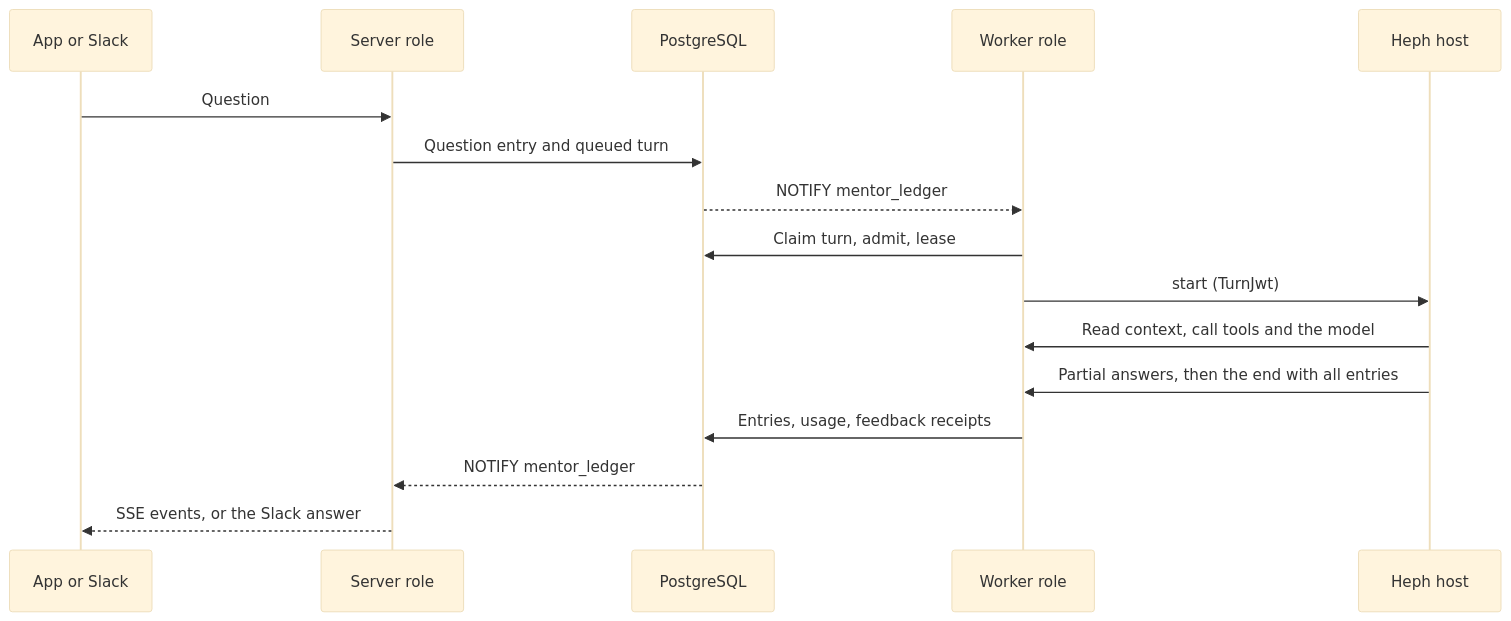
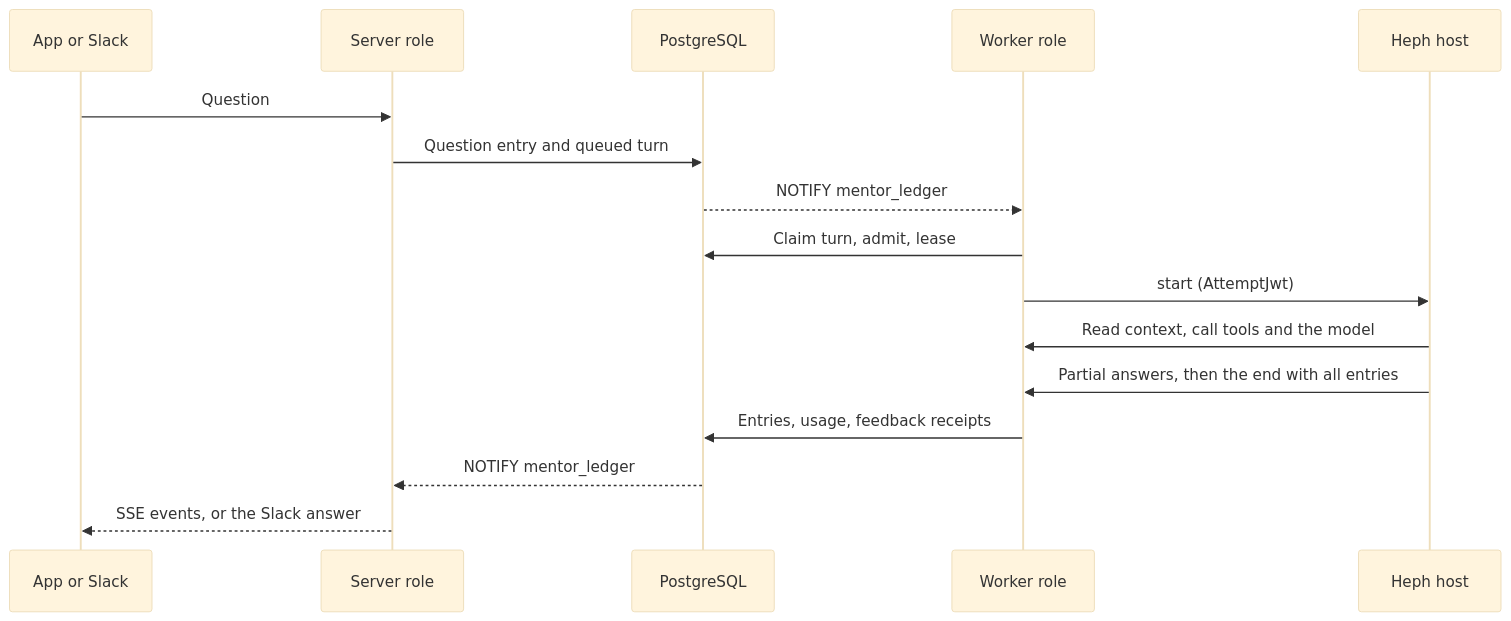
Before and after one commit to hephaestus-build/Hephaestus: the third of 3 diagrams in docs/contributor/system-design.mdx, drawn with Mermaid (base theme). The commit also changed 45 other files, not shown here.

````diff
--- a/docs/contributor/system-design.mdx
+++ b/docs/contributor/system-design.mdx
@@ -127,20 +127,20 @@
 ```mermaid
 sequenceDiagram
     accTitle: One Heph turn
     accDescr: The server stores the question and a queued turn. A worker claims the turn after a PostgreSQL notification and starts it in its Heph host. The host reads the context, reports partial answers, and sends all entries with the end of the turn. The server streams changes to the app and posts Slack answers.
     participant C as App or Slack
     participant S as Server role
     participant DB as PostgreSQL
     participant W as Worker role
     participant H as Heph host
     C->>S: Question
     S->>DB: Question entry and queued turn
     DB-->>W: NOTIFY mentor_ledger
     W->>DB: Claim turn, admit, lease
-    W->>H: start (TurnJwt)
+    W->>H: start (AttemptJwt)
     H->>W: Read context, call tools and the model
     H->>W: Partial answers, then the end with all entries
     W->>DB: Entries, usage, feedback receipts
     DB-->>S: NOTIFY mentor_ledger
     S-->>C: SSE events, or the Slack answer
 ```
````
